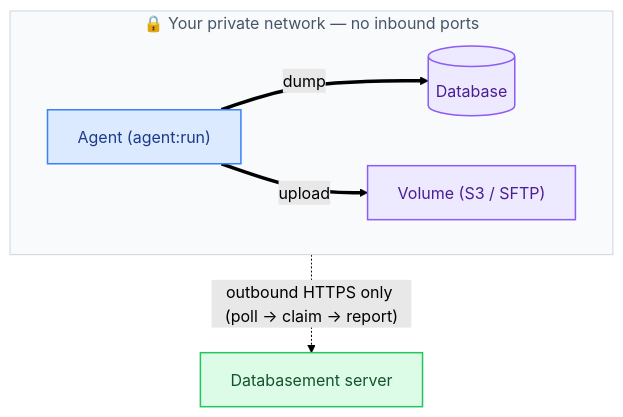
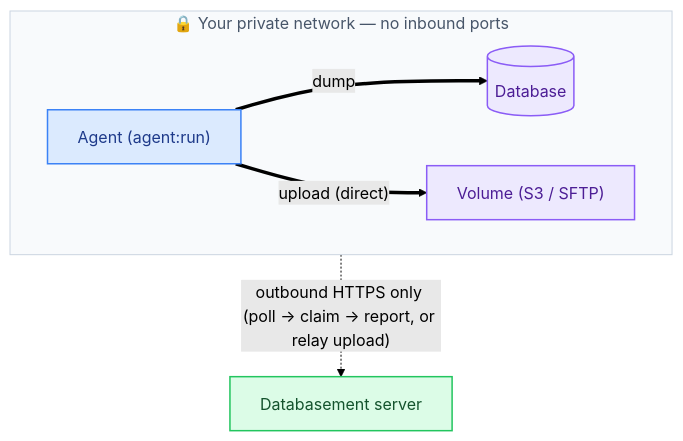
The diagram in docs/docs/user-guide/agents.md (David-Crty/databasement), drawn with Mermaid (forest theme) before and after one commit. The commit also changed other lines of this file and 24 other files, not shown here.

````diff
--- a/docs/docs/user-guide/agents.md
+++ b/docs/docs/user-guide/agents.md
@@ -19,23 +19,23 @@
 ```mermaid
 flowchart TB
   subgraph net["🔒 Your private network — no inbound ports"]
     direction LR
     DB[("Database")]
     Agent["Agent (agent:run)"]
     Vol["Volume (S3 / SFTP)"]
     Agent ==>|dump| DB
-    Agent ==>|upload| Vol
+    Agent ==>|"upload (direct)"| Vol
   end
 
-  Agent -. "outbound HTTPS only (poll → claim → report)" .-> Server["Databasement server"]
+  Agent -. "outbound HTTPS only (poll → claim → report, or relay upload)" .-> Server["Databasement server"]
 
   classDef agent fill:#dbeafe,stroke:#3b82f6,stroke-width:1.5px,color:#1e3a8a;
   classDef data fill:#ede9fe,stroke:#8b5cf6,stroke-width:1.5px,color:#4c1d95;
   classDef server fill:#dcfce7,stroke:#22c55e,stroke-width:1.5px,color:#14532d;
 
   class Agent agent;
   class DB,Vol data;
   class Server server;
 
   style net fill:#f8fafc,stroke:#cbd5e1,stroke-width:1px,color:#475569;
 ```
````
